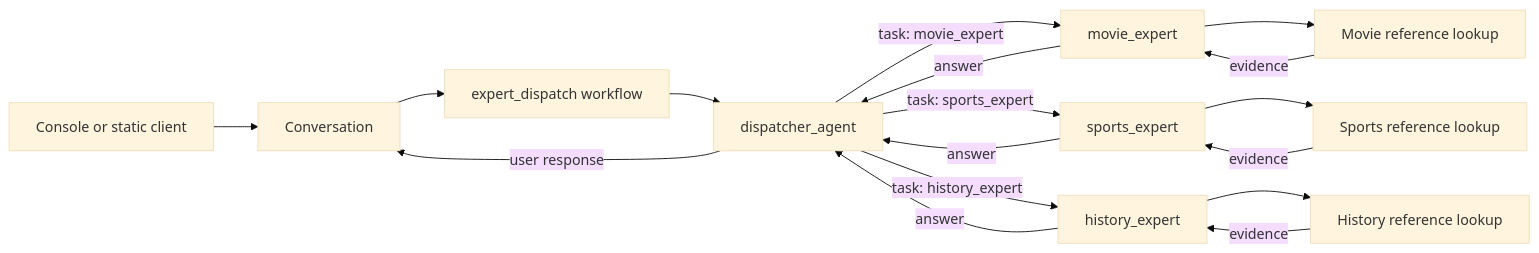
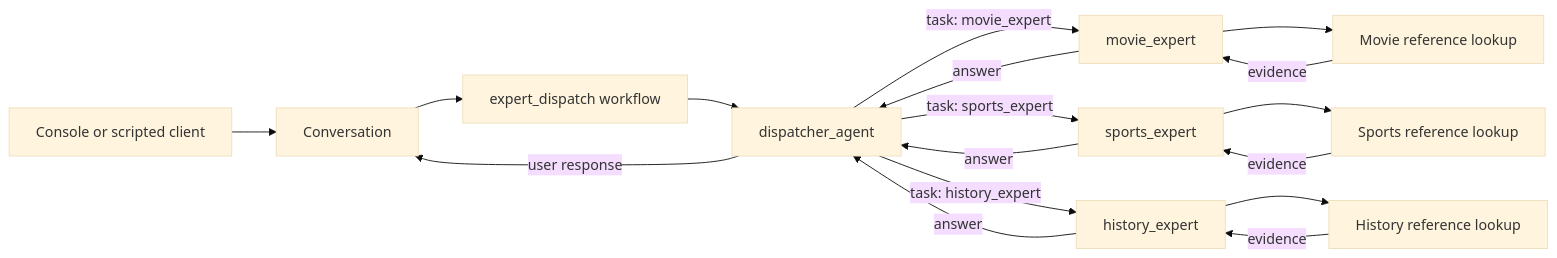
The third of 3 diagrams in docs/chat-composition.md (martinbechard/lg-report), drawn with Mermaid (base theme) before and after one commit. The commit also changed other lines of this file and 10 other files, not shown here.

Commit message:
docs: clarify application startup and scripted prompt flow

````diff
--- a/docs/chat-composition.md
+++ b/docs/chat-composition.md
@@ -385,19 +385,19 @@
 ```mermaid
 flowchart LR
-  Client[Console or static client] --> Conversation
+  Client[Console or scripted client] --> Conversation
   Conversation --> W[expert_dispatch workflow]
   W --> D[dispatcher_agent]
   D -->|task: movie_expert| M[movie_expert]
   D -->|task: sports_expert| S[sports_expert]
   D -->|task: history_expert| H[history_expert]
   M --> MT[Movie reference lookup]
   MT -->|evidence| M
   S --> ST[Sports reference lookup]
   ST -->|evidence| S
   H --> HT[History reference lookup]
   HT -->|evidence| H
   M -->|answer| D
   S -->|answer| D
   H -->|answer| D
   D -->|user response| Conversation
 ```
````
